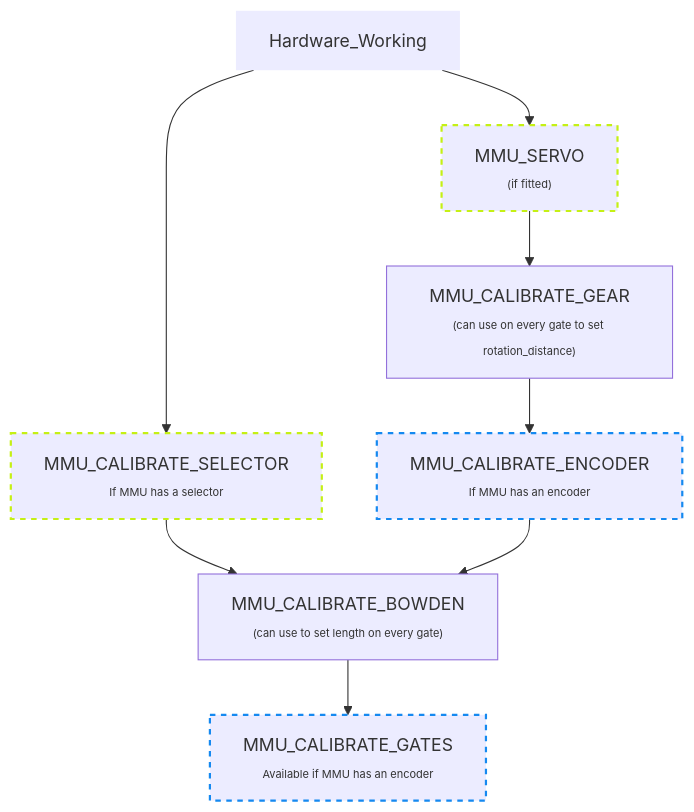
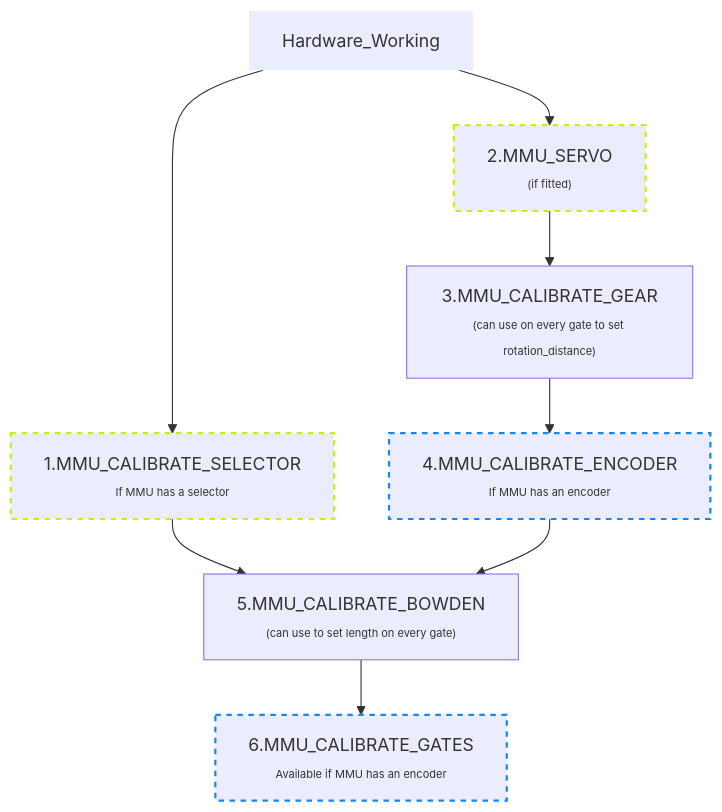
One commit to 3DCoded/Happy-Hare changed the diagram in MMU-Calibration.md. Above: the diagram before and after it, drawn with Mermaid.

````diff
--- a/MMU-Calibration.md
+++ b/MMU-Calibration.md
@@ -23,16 +23,16 @@
 ```mermaid
 graph TD;
-    Hardware_Working --> MMU_SERVO["MMU_SERVO<br/><span style='font-size:10px'>(if fitted)</span>"]
-    Hardware_Working --> MMU_CALIBRATE_SELECTOR["MMU_CALIBRATE_SELECTOR<br/><span style='font-size:10px'>If MMU has a selector</span>"]
+    Hardware_Working --> MMU_SERVO["2.MMU_SERVO<br/><span style='font-size:10px'>(if fitted)</span>"]
+    Hardware_Working --> MMU_CALIBRATE_SELECTOR["1.MMU_CALIBRATE_SELECTOR<br/><span style='font-size:10px'>If MMU has a selector</span>"]
     MMU_CALIBRATE_SELECTOR --> MMU_CALIBRATE_BOWDEN
-    MMU_SERVO --> MMU_CALIBRATE_GEAR["MMU_CALIBRATE_GEAR<br/><span style='font-size:10px'>(can use on every gate to set rotation_distance)</span>"]
-    MMU_CALIBRATE_GEAR --> MMU_CALIBRATE_ENCODER["MMU_CALIBRATE_ENCODER<br/><span style='font-size:10px'>If MMU has an encoder</span>"]
-    MMU_CALIBRATE_ENCODER --> MMU_CALIBRATE_BOWDEN["MMU_CALIBRATE_BOWDEN<br/><span style='font-size:10px'>(can use to set length on every gate)</span>"]
-    MMU_CALIBRATE_BOWDEN --> MMU_CALIBRATE_GATES["MMU_CALIBRATE_GATES<br/><span style='font-size:10px'>Available if MMU has an encoder</span>"]
+    MMU_SERVO --> MMU_CALIBRATE_GEAR["3.MMU_CALIBRATE_GEAR<br/><span style='font-size:10px'>(can use on every gate to set rotation_distance)</span>"]
+    MMU_CALIBRATE_GEAR --> MMU_CALIBRATE_ENCODER["4.MMU_CALIBRATE_ENCODER<br/><span style='font-size:10px'>If MMU has an encoder</span>"]
+    MMU_CALIBRATE_ENCODER --> MMU_CALIBRATE_BOWDEN["5.MMU_CALIBRATE_BOWDEN<br/><span style='font-size:10px'>(can use to set length on every gate)</span>"]
+    MMU_CALIBRATE_BOWDEN --> MMU_CALIBRATE_GATES["6.MMU_CALIBRATE_GATES<br/><span style='font-size:10px'>Available if MMU has an encoder</span>"]
 
     style Hardware_Working stroke-width:0px
     style MMU_SERVO stroke-dasharray: 5 5, stroke:#c5f015, stroke-width:2px
     style MMU_CALIBRATE_SELECTOR stroke-dasharray: 5 5, stroke:#c5f015, stroke-width:2px
     style MMU_CALIBRATE_ENCODER stroke-dasharray: 5 5, stroke:#1589f0, stroke-width:2px
     style MMU_CALIBRATE_GATES stroke-dasharray: 5 5, stroke:#1589f0, stroke-width:2px
 ```
````
